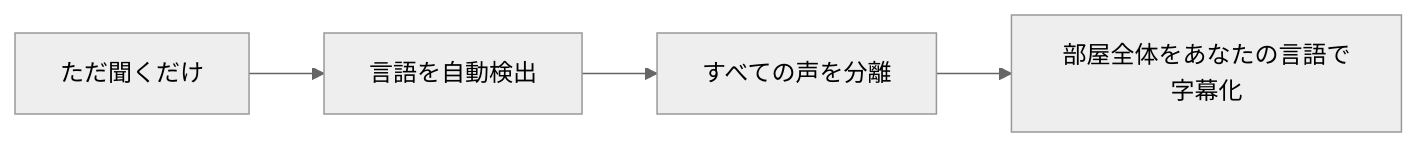
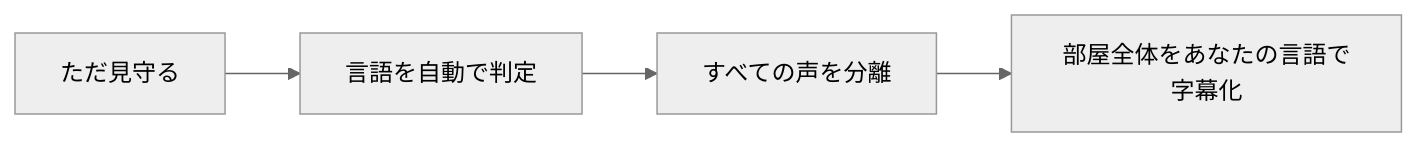
One commit to rpalm01-star/VigilantEarLegal changed the first of 4 diagrams in README_ja.md. Above: the diagram before and after it, drawn with Mermaid (neutral theme). The commit also changed other lines of this file and 11 other files, not shown here.

````diff
--- a/README_ja.md
+++ b/README_ja.md
@@ -52,4 +58,4 @@
 ```mermaid
 graph LR
-    A["ただ聞くだけ"] --> B["言語を自動検出"] --> C["すべての声を分離"] --> D["部屋全体をあなたの言語で字幕化"]
+    A["ただ見守る"] --> B["言語を自動で判定"] --> C["すべての声を分離"] --> D["部屋全体をあなたの言語で字幕化"]
 ```
````
